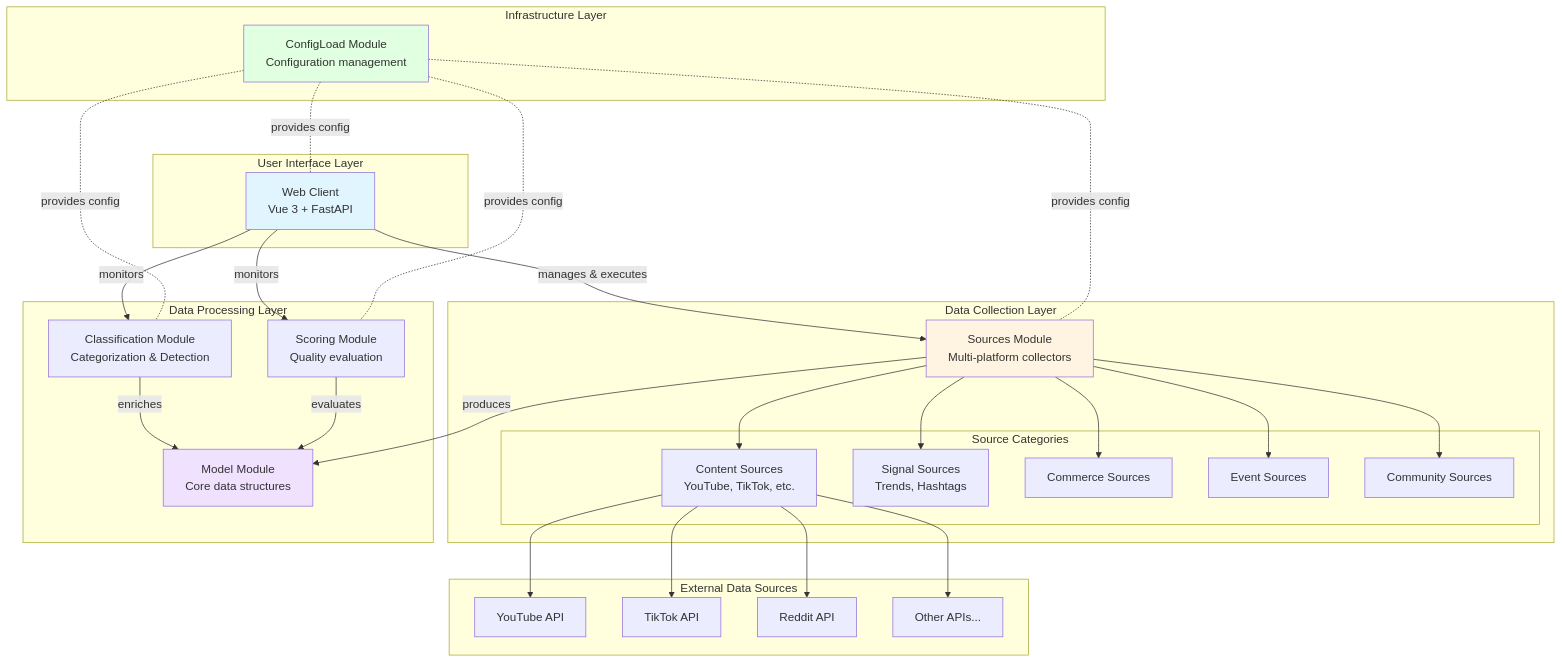
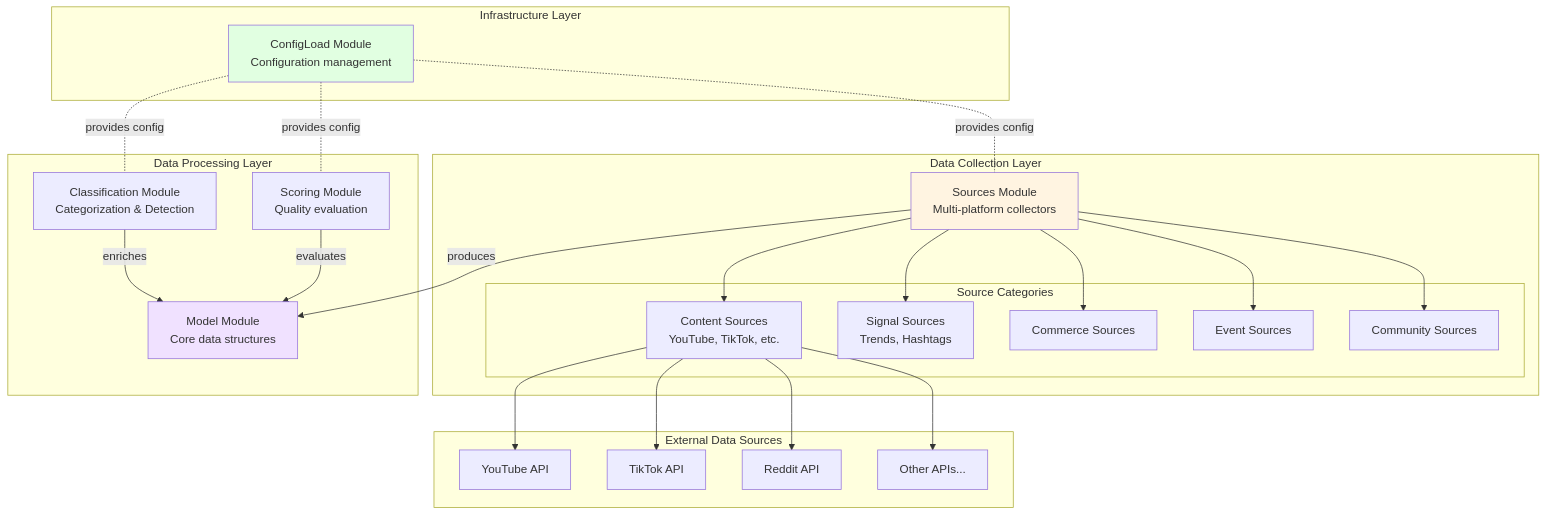
The first of 4 diagrams in IdeaInspiration/_meta/docs/ARCHITECTURE.md (Nomoos/PrismQ), drawn with Mermaid before and after one commit. The commit also changed other lines of this file and 400 other files, not shown here.

````diff
--- a/IdeaInspiration/_meta/docs/ARCHITECTURE.md
+++ b/IdeaInspiration/_meta/docs/ARCHITECTURE.md
@@ -20,64 +21,54 @@
 ```mermaid
 graph TB
-    subgraph "User Interface Layer"
-        WebClient[Web Client<br/>Vue 3 + FastAPI]
-    end
-    
     subgraph "Data Collection Layer"
         Sources[Sources Module<br/>Multi-platform collectors]
         
         subgraph "Source Categories"
             Content[Content Sources<br/>YouTube, TikTok, etc.]
             Signals[Signal Sources<br/>Trends, Hashtags]
             Commerce[Commerce Sources]
             Events[Event Sources]
             Community[Community Sources]
         end
     end
     
     subgraph "Data Processing Layer"
         Model[Model Module<br/>Core data structures]
         Classification[Classification Module<br/>Categorization & Detection]
         Scoring[Scoring Module<br/>Quality evaluation]
     end
     
     subgraph "Infrastructure Layer"
         ConfigLoad[ConfigLoad Module<br/>Configuration management]
     end
     
     subgraph "External Data Sources"
         YouTube[YouTube API]
         TikTok[TikTok API]
         Reddit[Reddit API]
         Others[Other APIs...]
     end
     
-    WebClient -->|manages & executes| Sources
-    WebClient -->|monitors| Classification
-    WebClient -->|monitors| Scoring
-    
     Sources --> Content
     Sources --> Signals
     Sources --> Commerce
     Sources --> Events
     Sources --> Community
     
     Content --> YouTube
     Content --> TikTok
     Content --> Reddit
     Content --> Others
     
     Sources -->|produces| Model
     Classification -->|enriches| Model
     Scoring -->|evaluates| Model
     
     ConfigLoad -.provides config.- Sources
     ConfigLoad -.provides config.- Classification
     ConfigLoad -.provides config.- Scoring
-    ConfigLoad -.provides config.- WebClient
     
-    style WebClient fill:#e1f5ff
     style Model fill:#f0e1ff
     style Sources fill:#fff4e1
     style ConfigLoad fill:#e1ffe1
 ```
````
